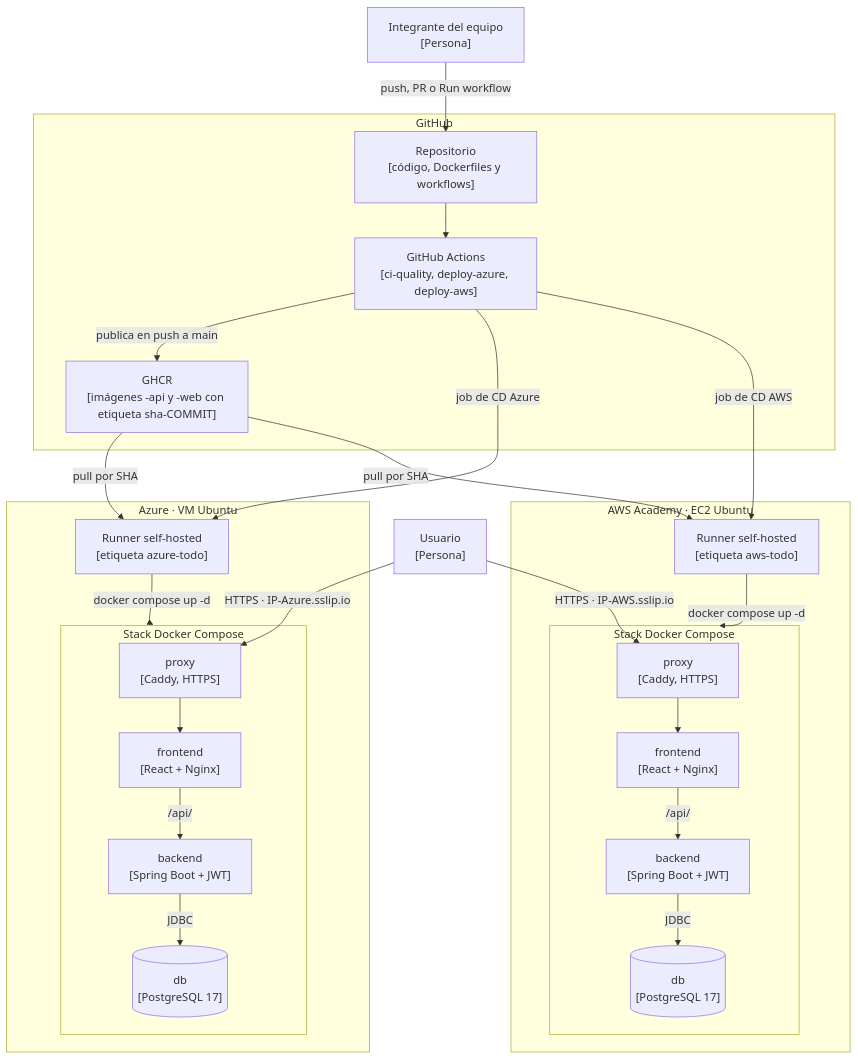
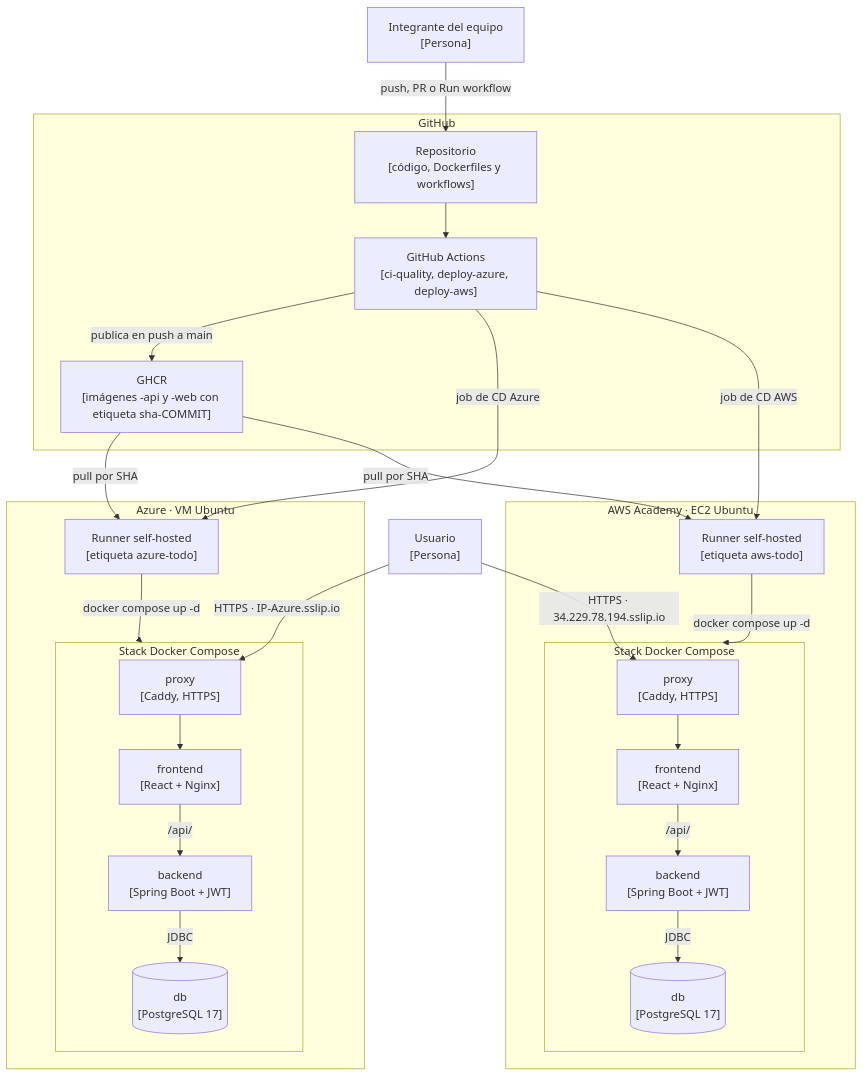
One commit to DOSW-2026-GAIA/DOSW_LAB7_Tovar_Solano_Rodriguez changed the ninth of 11 diagrams in README.md. Above: the diagram before and after it, drawn with Mermaid. The commit also changed other lines of this file and 4 other files, not shown here.

````diff
--- a/README.md
+++ b/README.md
@@ -676,50 +676,50 @@
 ```mermaid
 flowchart TB
     dev["Integrante del equipo<br/>[Persona]"]
     user["Usuario<br/>[Persona]"]
 
     subgraph gh["GitHub"]
         repo["Repositorio<br/>[código, Dockerfiles y workflows]"]
         actions["GitHub Actions<br/>[ci-quality, deploy-azure, deploy-aws]"]
         ghcr["GHCR<br/>[imágenes -api y -web con etiqueta sha-COMMIT]"]
     end
 
     subgraph az["Azure · VM Ubuntu"]
         azrunner["Runner self-hosted<br/>[etiqueta azure-todo]"]
         subgraph aznet["Stack Docker Compose"]
             azproxy["proxy<br/>[Caddy, HTTPS]"]
             azweb["frontend<br/>[React + Nginx]"]
             azapi["backend<br/>[Spring Boot + JWT]"]
             azdb[("db<br/>[PostgreSQL 17]")]
         end
     end
 
     subgraph aws["AWS Academy · EC2 Ubuntu"]
         awsrunner["Runner self-hosted<br/>[etiqueta aws-todo]"]
         subgraph awsnet["Stack Docker Compose"]
             awsproxy["proxy<br/>[Caddy, HTTPS]"]
             awsweb["frontend<br/>[React + Nginx]"]
             awsapi["backend<br/>[Spring Boot + JWT]"]
             awsdb[("db<br/>[PostgreSQL 17]")]
         end
     end
 
     dev -->|"push, PR o Run workflow"| repo
     repo --> actions
     actions -->|"publica en push a main"| ghcr
     actions -->|"job de CD Azure"| azrunner
     actions -->|"job de CD AWS"| awsrunner
     ghcr -->|"pull por SHA"| azrunner
     ghcr -->|"pull por SHA"| awsrunner
     azrunner -->|"docker compose up -d"| aznet
     awsrunner -->|"docker compose up -d"| awsnet
 
     user -->|"HTTPS · IP-Azure.sslip.io"| azproxy
-    user -->|"HTTPS · IP-AWS.sslip.io"| awsproxy
+    user -->|"HTTPS · 34.229.78.194.sslip.io"| awsproxy
     azproxy --> azweb
     azweb -->|"/api/"| azapi
     azapi -->|"JDBC"| azdb
     awsproxy --> awsweb
     awsweb -->|"/api/"| awsapi
     awsapi -->|"JDBC"| awsdb
 ```
````
